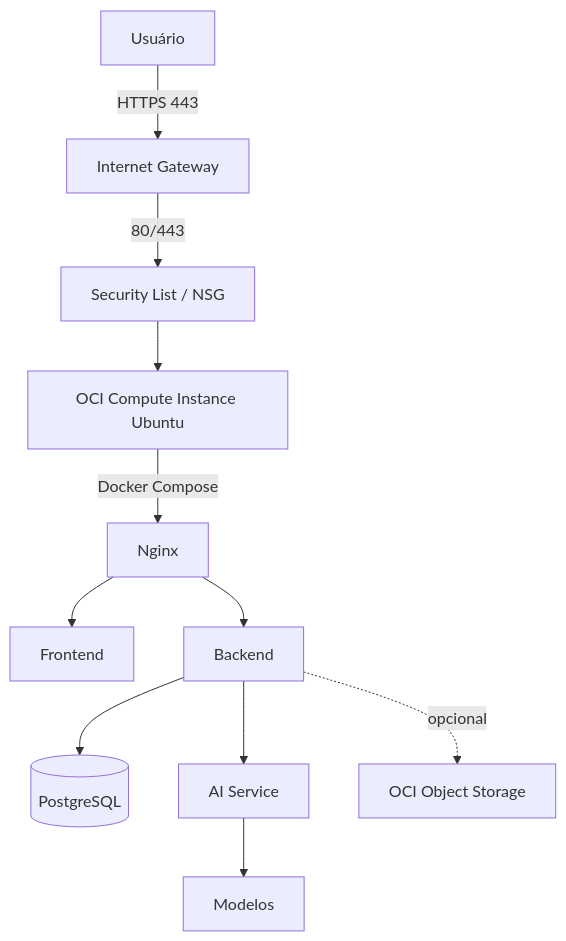
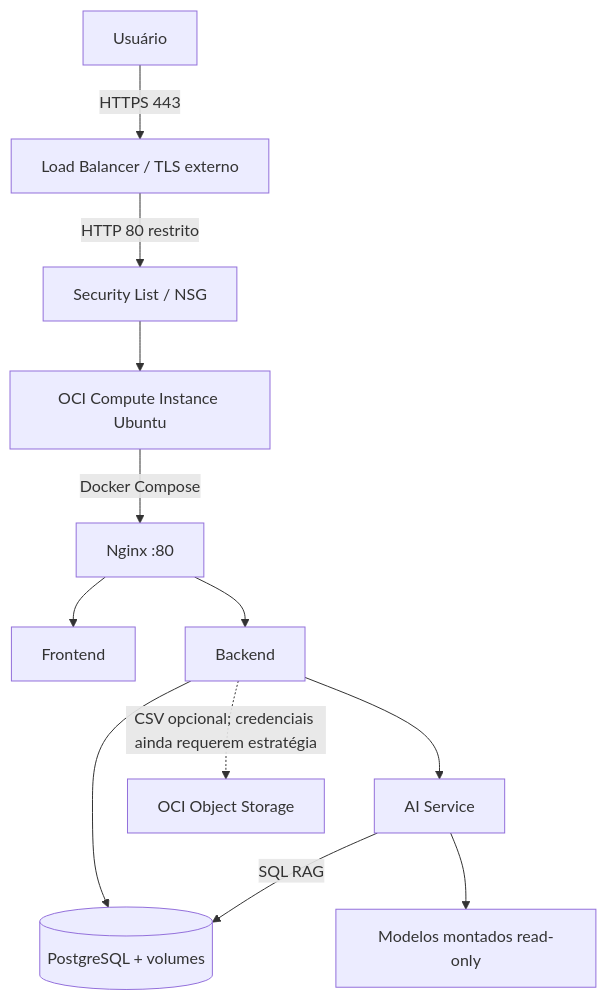
One commit to No-Country-simulation/G9-BR-Team-17-FinVise changed the diagram in docs/diagrams/oci-deployment.mmd. Above: the diagram before and after it, drawn with Mermaid. The commit also changed 26 other files, not shown here.

```diff
--- a/docs/diagrams/oci-deployment.mmd
+++ b/docs/diagrams/oci-deployment.mmd
@@ -1,11 +1,12 @@
 graph TB
-    U[Usuário] -->|HTTPS 443| IG[Internet Gateway]
-    IG -->|80/443| NSG[Security List / NSG]
+    U[Usuário] -->|HTTPS 443| TLS[Load Balancer / TLS externo]
+    TLS -->|HTTP 80 restrito| NSG[Security List / NSG]
     NSG --> VM[OCI Compute Instance Ubuntu]
-    VM -->|Docker Compose| N[Nginx]
+    VM -->|Docker Compose| N[Nginx :80]
     N --> F[Frontend]
     N --> B[Backend]
-    B --> P[(PostgreSQL)]
+    B --> P[(PostgreSQL + volumes)]
     B --> A[AI Service]
-    A --> M[Modelos]
-    B -.->|opcional| OBS[OCI Object Storage]
+    A -->|SQL RAG| P
+    A --> M[Modelos montados read-only]
+    B -.->|CSV opcional; credenciais ainda requerem estratégia| OBS[OCI Object Storage]
```
